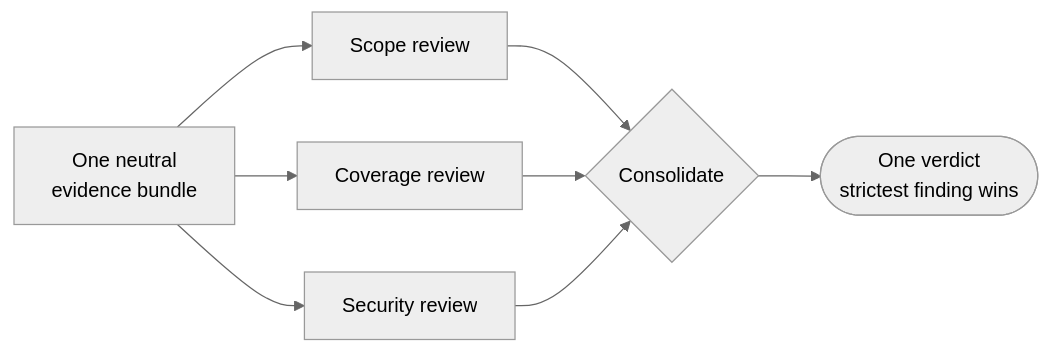
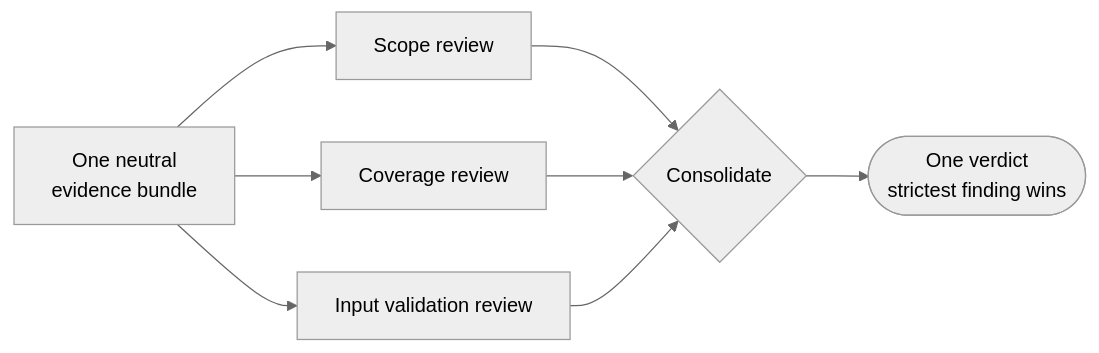
One commit to mfittko/dev-loops changed the third of 8 diagrams in docs/articles/dev-loops-deep-dive.md. Above: the diagram before and after it, drawn with Mermaid (neutral theme). The commit also changed other lines of this file and 5 other files, not shown here.

````diff
--- a/docs/articles/dev-loops-deep-dive.md
+++ b/docs/articles/dev-loops-deep-dive.md
@@ -80,10 +145,10 @@
 ```mermaid
 flowchart LR
   E[One neutral<br/>evidence bundle] --> S[Scope review]
   E --> C[Coverage review]
-  E --> Z[Security review]
+  E --> Z[Input validation review]
   S --> V{Consolidate}
   C --> V
   Z --> V
   V --> O([One verdict<br/>strictest finding wins])
 ```
````
